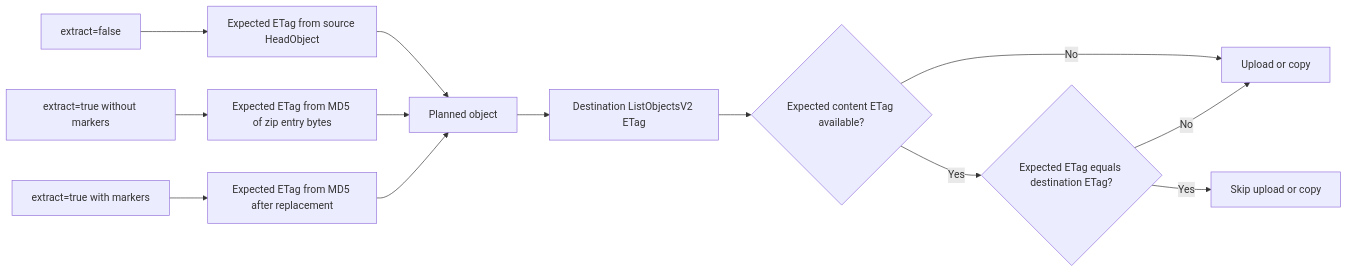
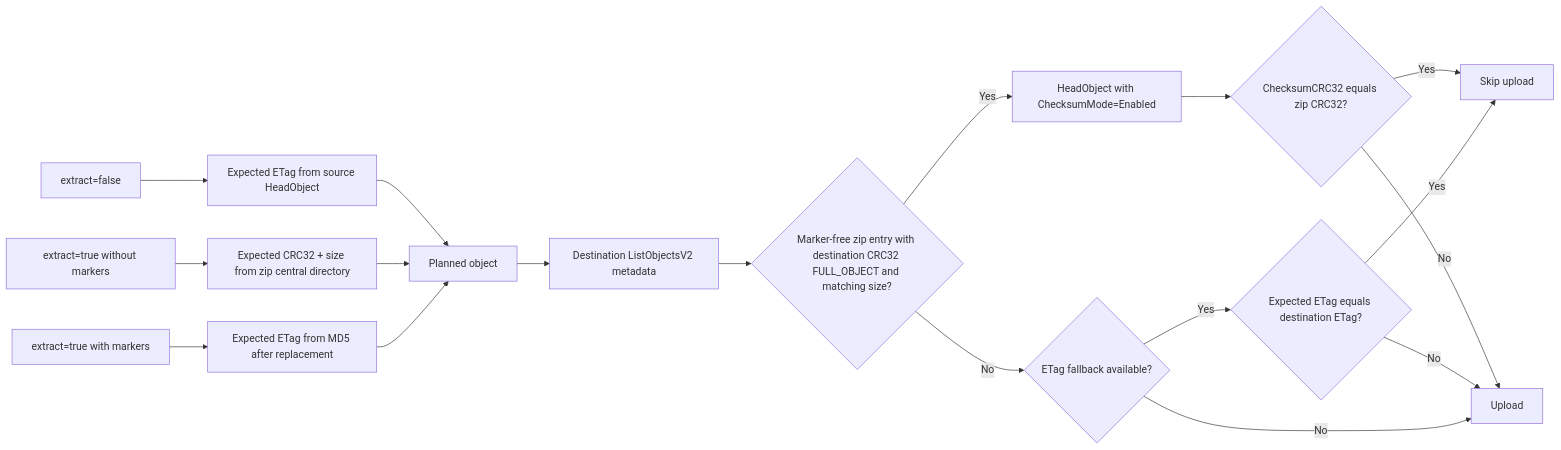
One commit to garysassano/shin-bucket-deployment changed the third of 4 diagrams in docs/lambda-workflow.md. Above: the diagram before and after it, drawn with Mermaid. The commit also changed other lines of this file and 9 other files, not shown here.

````diff
--- a/docs/lambda-workflow.md
+++ b/docs/lambda-workflow.md
@@ -143,17 +147,22 @@
 ```mermaid
 flowchart LR
-  A["Planned object"] --> B["Destination ListObjectsV2 ETag"]
-  B --> C{"Expected content ETag available?"}
-  C -->|No| D["Upload or copy"]
-  C -->|Yes| E{"Expected ETag equals destination ETag?"}
-  E -->|Yes| F["Skip upload or copy"]
-  E -->|No| D
+  A["Planned object"] --> B["Destination ListObjectsV2 metadata"]
+  B --> C{"Marker-free zip entry with destination CRC32 FULL_OBJECT and matching size?"}
+  C -->|Yes| D["HeadObject with ChecksumMode=Enabled"]
+  D --> E{"ChecksumCRC32 equals zip CRC32?"}
+  E -->|Yes| F["Skip upload"]
+  E -->|No| G["Upload"]
+  C -->|No| H{"ETag fallback available?"}
+  H -->|Yes| I{"Expected ETag equals destination ETag?"}
+  I -->|Yes| F
+  I -->|No| G
+  H -->|No| G
 
-  G["extract=false"] --> H["Expected ETag from source HeadObject"]
-  I["extract=true without markers"] --> J["Expected ETag from MD5 of zip entry bytes"]
-  K["extract=true with markers"] --> L["Expected ETag from MD5 after replacement"]
+  J["extract=false"] --> K["Expected ETag from source HeadObject"]
+  L["extract=true without markers"] --> M["Expected CRC32 + size from zip central directory"]
+  N["extract=true with markers"] --> O["Expected ETag from MD5 after replacement"]
 
-  H --> A
-  J --> A
-  L --> A
+  K --> A
+  M --> A
+  O --> A
 ```
````
